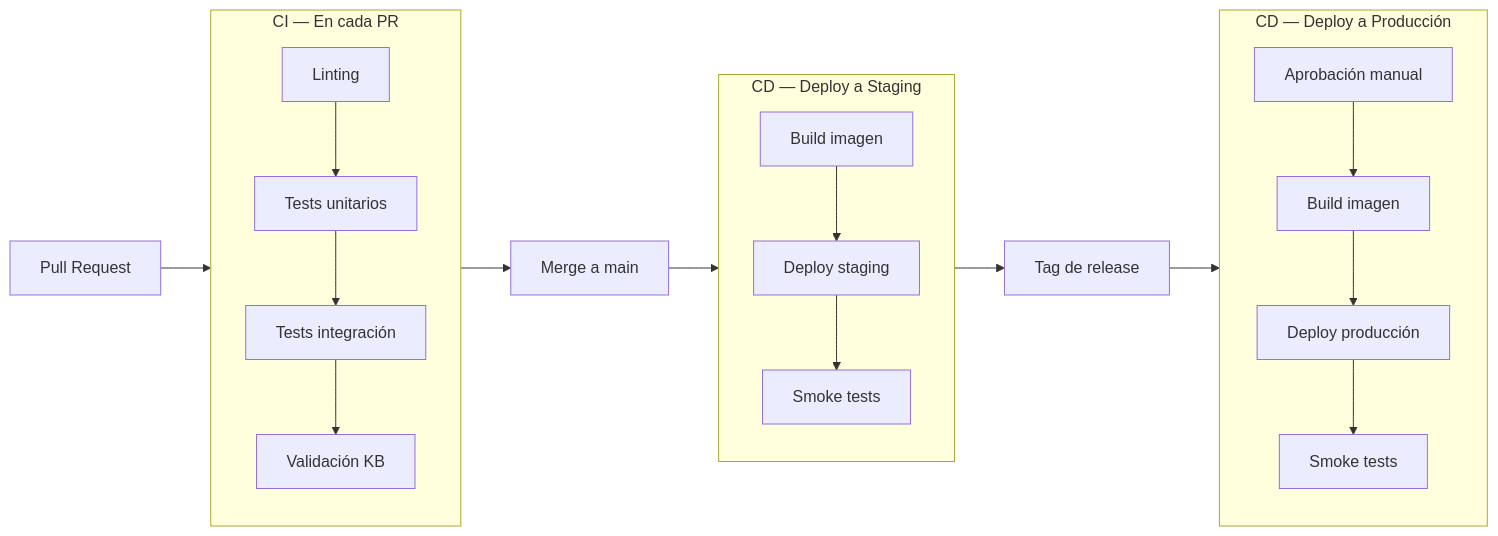
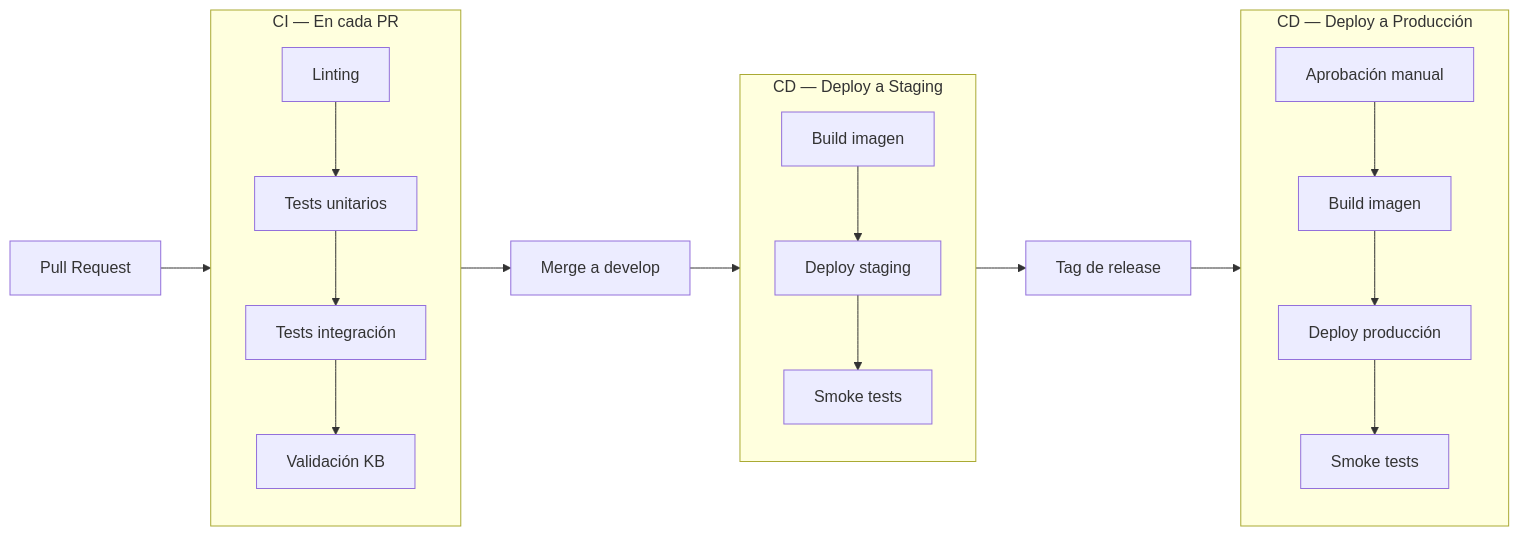
Before and after one commit to AndresGilabert/terrenario: the diagram in docs/05-infraestructura/ci-cd.md, drawn with Mermaid. The commit also changed other lines of this file and 32 other files, not shown here.

````diff
--- a/docs/05-infraestructura/ci-cd.md
+++ b/docs/05-infraestructura/ci-cd.md
@@ -13,22 +13,22 @@
 ```mermaid
 flowchart LR
     PR[Pull Request] --> CI
     subgraph CI["CI — En cada PR"]
         lint[Linting] --> tests_unit[Tests unitarios]
         tests_unit --> tests_int[Tests integración]
         tests_int --> kb_val[Validación KB]
     end
-    CI --> MERGE[Merge a main]
+    CI --> MERGE[Merge a develop]
     MERGE --> CD_STG
     subgraph CD_STG["CD — Deploy a Staging"]
         build_stg[Build imagen] --> deploy_stg[Deploy staging]
         deploy_stg --> smoke_stg[Smoke tests]
     end
     CD_STG --> RELEASE[Tag de release]
     RELEASE --> CD_PROD
     subgraph CD_PROD["CD — Deploy a Producción"]
         approval[Aprobación manual] --> build_prod[Build imagen]
         build_prod --> deploy_prod[Deploy producción]
         deploy_prod --> smoke_prod[Smoke tests]
     end
 ```
````
